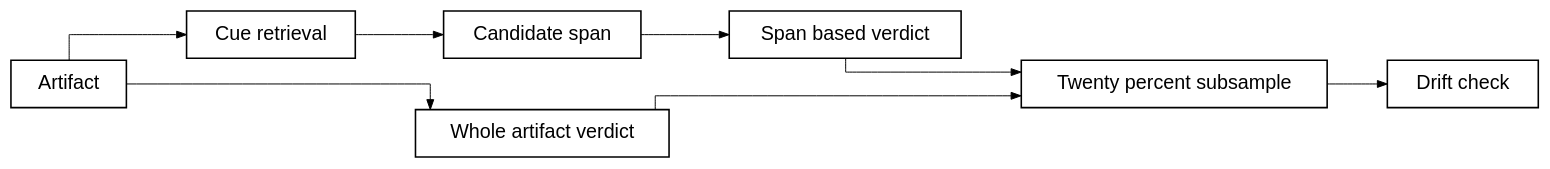
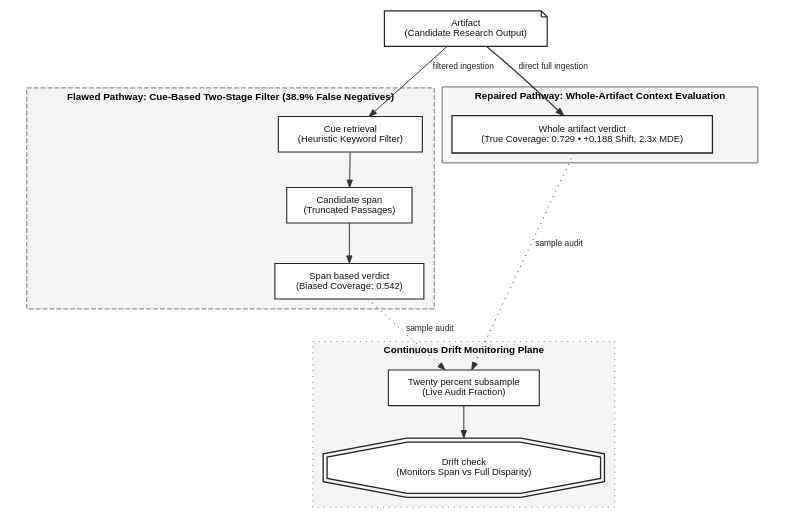
Before and after one commit to umyunsang/argo: the diagram in paper/figures/rendered/fig-07.dot, drawn with Graphviz. The commit also changed 32 other files, not shown here.

Commit message:
feat(paper): redesign all 9 figures into rich multi-tier technical architecture schematics with balanced aspect ratios

```diff
--- a/paper/figures/rendered/fig-07.dot
+++ b/paper/figures/rendered/fig-07.dot
@@ -1,22 +1,88 @@
-digraph G {
-  rankdir=LR;
+digraph ScoringComparison {
+  compound=true;
+  rankdir=TB;
   bgcolor=white;
-  node [shape=box, style=solid, color=black, fontcolor=black, fontname="Helvetica", fontsize=20, penwidth=1.6, margin="0.30,0.18"];
-  edge [color=black, fontcolor=black, arrowhead=normal, penwidth=1.0];
-  splines=ortho;
-  nodesep=0.70; ranksep=0.85;
-  "Artifact" [label="Artifact"];
-  "Cue retrieval" [label="Cue retrieval"];
-  "Candidate span" [label="Candidate span"];
-  "Span based verdict" [label="Span based verdict"];
-  "Whole artifact verdict" [label="Whole artifact verdict"];
-  "Twenty percent subsample" [label="Twenty percent subsample"];
-  "Drift check" [label="Drift check"];
-  "Artifact" -> "Cue retrieval";
-  "Cue retrieval" -> "Candidate span";
-  "Candidate span" -> "Span based verdict";
-  "Artifact" -> "Whole artifact verdict";
-  "Span based verdict" -> "Twenty percent subsample";
-  "Whole artifact verdict" -> "Twenty percent subsample";
-  "Twenty percent subsample" -> "Drift check";
+  nodesep=0.40;
+  ranksep=0.45;
+
+  node [
+    shape=box,
+    style="filled,solid",
+    fillcolor="#FFFFFF",
+    color="#222222",
+    fontcolor="#111111",
+    fontname="Helvetica",
+    fontsize=9.5,
+    penwidth=1.1,
+    margin="0.16,0.10"
+  ];
+
+  edge [
+    color="#333333",
+    fontcolor="#222222",
+    fontname="Helvetica",
+    fontsize=8.5,
+    arrowhead=normal,
+    arrowsize=0.75,
+    penwidth=1.0
+  ];
+
+  art_in [
+    label="Artifact\n(Candidate Research Output)",
+    shape=note,
+    penwidth=1.2
+  ];
+
+  subgraph cluster_pathways {
+    style=invis;
+
+    subgraph cluster_flawed {
+      label="Flawed Pathway: Cue-Based Two-Stage Filter (38.9% False Negatives)";
+      fontname="Helvetica-Bold";
+      fontsize=10.0;
+      color="#777777";
+      fillcolor="#F5F5F5";
+      style="filled,dashed";
+      margin=10;
+
+      cue_ret [label="Cue retrieval\n(Heuristic Keyword Filter)"];
+      cand_span [label="Candidate span\n(Truncated Passages)"];
+      span_verdict [label="Span based verdict\n(Biased Coverage: 0.542)", shape=box, margin="0.20,0.10"];
+
+      cue_ret -> cand_span -> span_verdict;
+    }
+
+    subgraph cluster_repaired {
+      label="Repaired Pathway: Whole-Artifact Context Evaluation";
+      fontname="Helvetica-Bold";
+      fontsize=10.0;
+      color="#666666";
+      fillcolor="#F5F5F5";
+      style="filled,solid";
+      margin=10;
+
+      full_verdict [label="Whole artifact verdict\n(True Coverage: 0.729 • +0.188 Shift, 2.3x MDE)", shape=box, style="filled,bold", margin="0.22,0.12", penwidth=1.3];
+    }
+  }
+
+  subgraph cluster_monitor {
+    label="Continuous Drift Monitoring Plane";
+    fontname="Helvetica-Bold";
+    fontsize=10.0;
+    color="#777777";
+    fillcolor="#F5F5F5";
+    style="filled,dotted";
+    margin=10;
+
+    subsample [label="Twenty percent subsample\n(Live Audit Fraction)"];
+    drift_chk [label="Drift check\n(Monitors Span vs Full Disparity)", shape=doubleoctagon, penwidth=1.3];
+
+    subsample -> drift_chk;
+  }
+
+  art_in -> cue_ret [label="filtered ingestion"];
+  art_in -> full_verdict [label="direct full ingestion", style=bold, penwidth=1.3];
+  
+  span_verdict -> subsample [style=dotted, label="sample audit"];
+  full_verdict -> subsample [style=dotted, label="sample audit"];
 }
```
